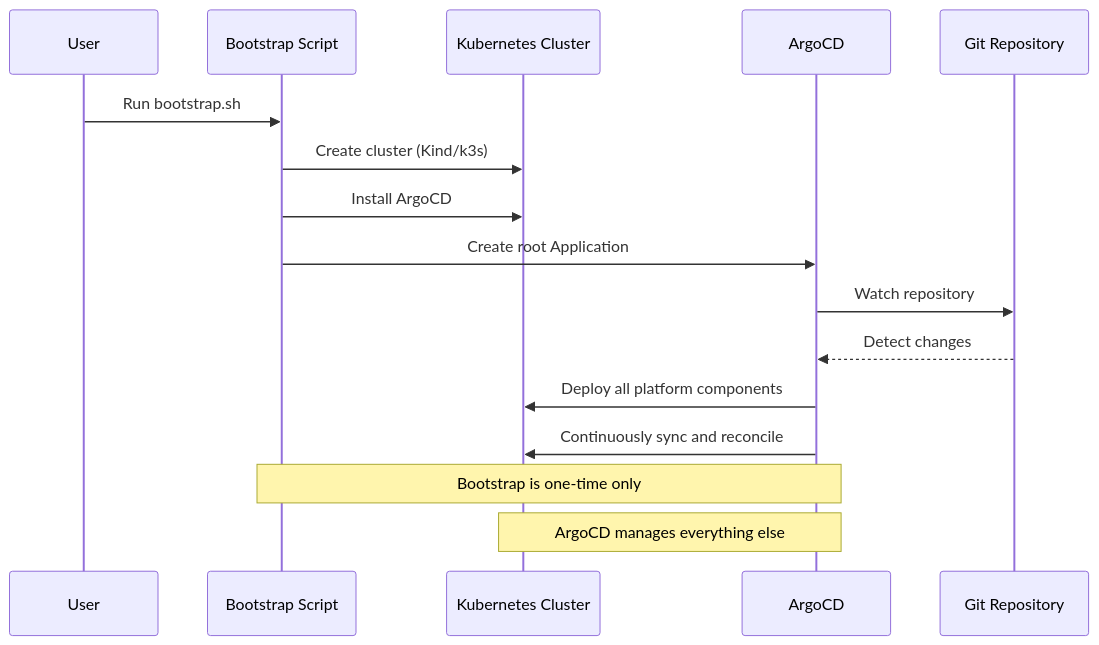
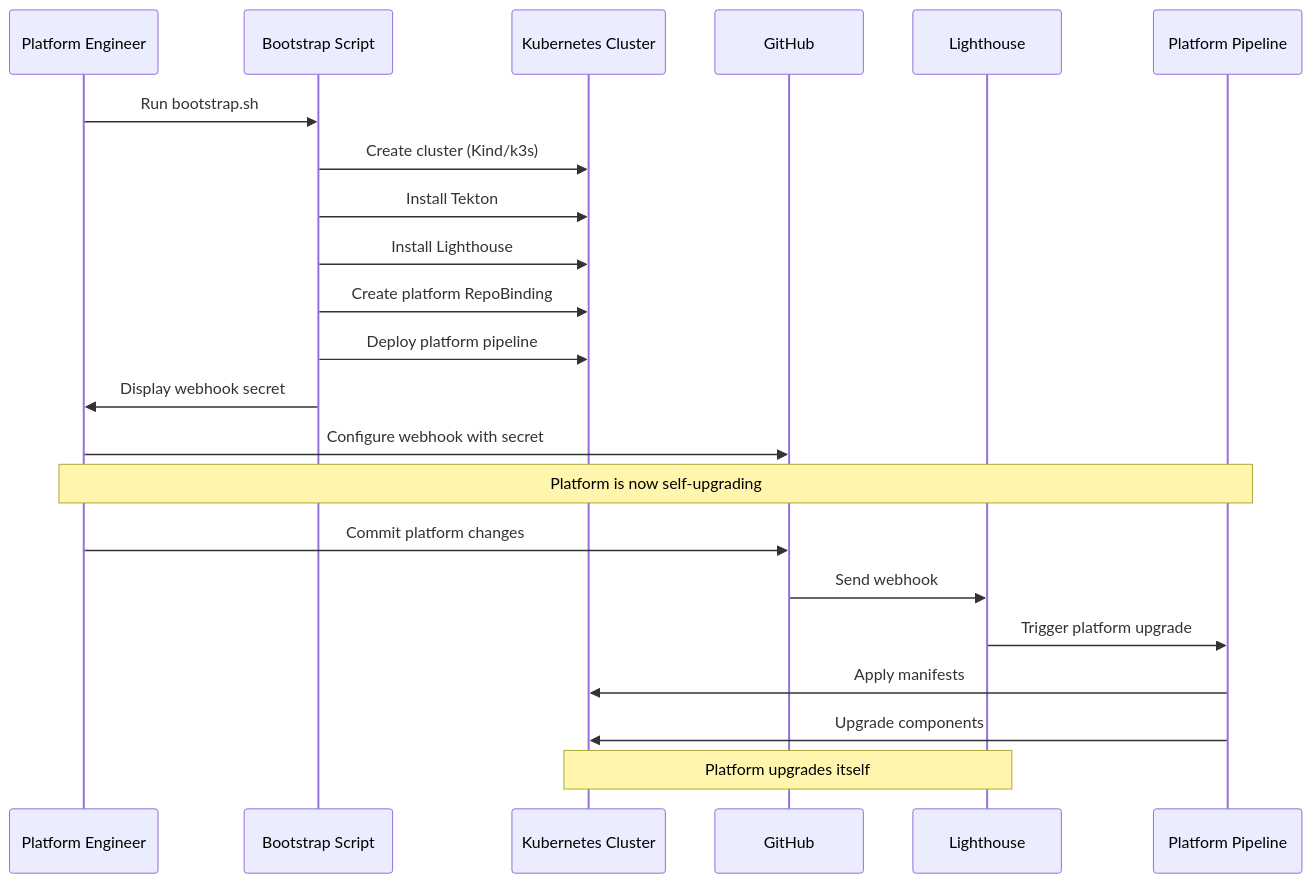
Before and after one commit to bdchatham/AphexPlatformInfrastructure: the first of 3 diagrams in .kiro/specs/jenkinsx-gitops-platform/design.md, drawn with Mermaid. The commit also changed other lines of this file and 99 other files, not shown here.

````diff
--- a/.kiro/specs/jenkinsx-gitops-platform/design.md
+++ b/.kiro/specs/jenkinsx-gitops-platform/design.md
@@ -19,20 +19,29 @@
 ```mermaid
 sequenceDiagram
-    participant User
+    participant Engineer as Platform Engineer
     participant Bootstrap as Bootstrap Script
     participant Cluster as Kubernetes Cluster
-    participant ArgoCD
-    participant Git as Git Repository
+    participant GitHub
+    participant Lighthouse
+    participant Pipeline as Platform Pipeline
     
-    User->>Bootstrap: Run bootstrap.sh
+    Engineer->>Bootstrap: Run bootstrap.sh
     Bootstrap->>Cluster: Create cluster (Kind/k3s)
-    Bootstrap->>Cluster: Install ArgoCD
-    Bootstrap->>ArgoCD: Create root Application
-    ArgoCD->>Git: Watch repository
-    Git-->>ArgoCD: Detect changes
-    ArgoCD->>Cluster: Deploy all platform components
-    ArgoCD->>Cluster: Continuously sync and reconcile
+    Bootstrap->>Cluster: Install Tekton
+    Bootstrap->>Cluster: Install Lighthouse
+    Bootstrap->>Cluster: Create platform RepoBinding
+    Bootstrap->>Cluster: Deploy platform pipeline
+    Bootstrap->>Engineer: Display webhook secret
     
-    Note over Bootstrap,ArgoCD: Bootstrap is one-time only
-    Note over ArgoCD,Cluster: ArgoCD manages everything else
+    Engineer->>GitHub: Configure webhook with secret
+    
+    Note over Engineer,Pipeline: Platform is now self-upgrading
+    
+    Engineer->>GitHub: Commit platform changes
+    GitHub->>Lighthouse: Send webhook
+    Lighthouse->>Pipeline: Trigger platform upgrade
+    Pipeline->>Cluster: Apply manifests
+    Pipeline->>Cluster: Upgrade components
+    
+    Note over Lighthouse,Cluster: Platform upgrades itself
 ```
````
